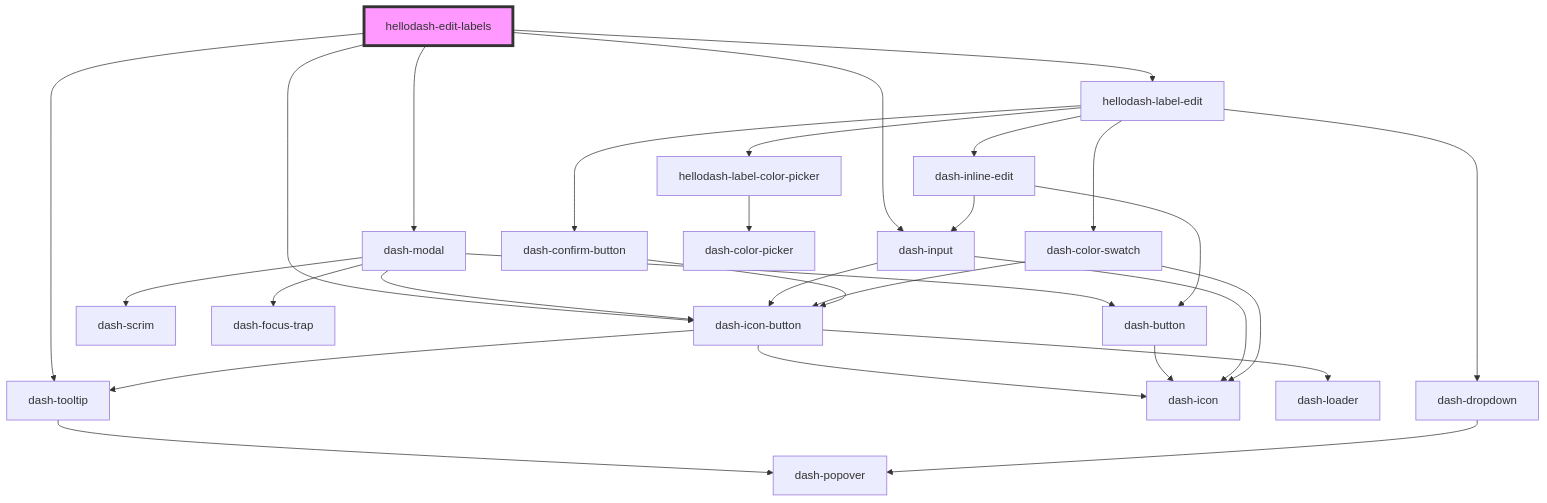
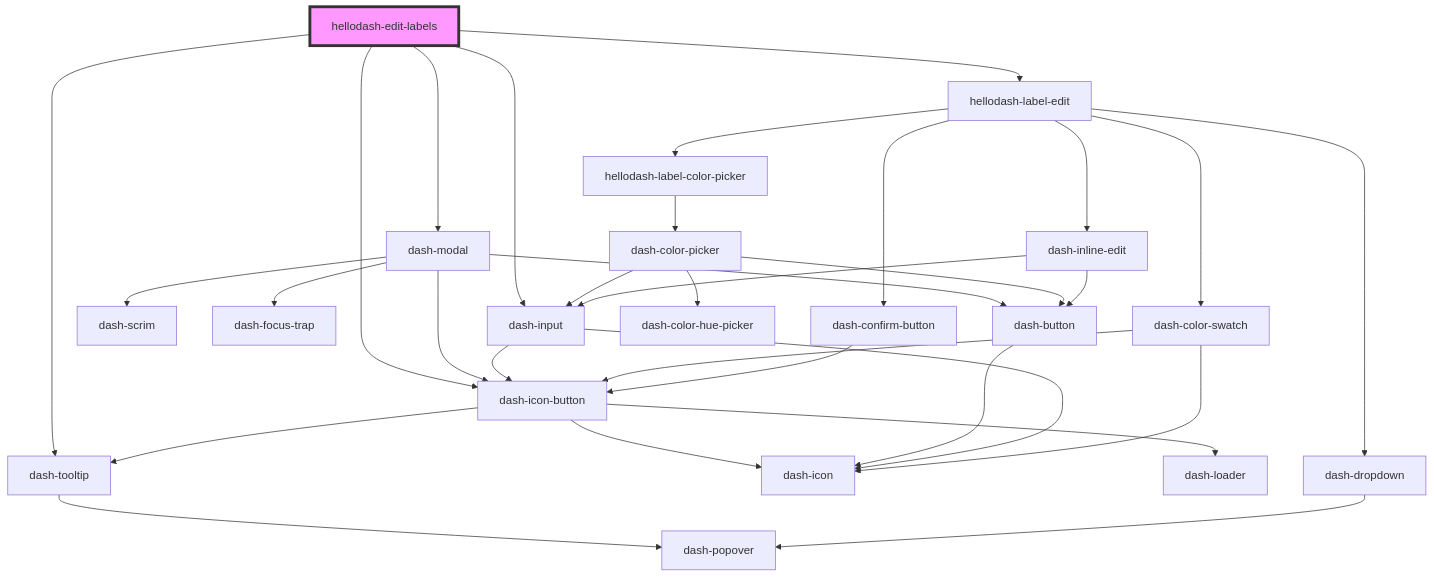
One commit to jmanke/dash changed the diagram in packages/hellodash-components/src/components/modals/hellodash-edit-labels/readme.md. Above: the diagram before and after it, drawn with Mermaid. The commit also changed 13 other files, not shown here.

````diff
--- a/packages/hellodash-components/src/components/modals/hellodash-edit-labels/readme.md
+++ b/packages/hellodash-components/src/components/modals/hellodash-edit-labels/readme.md
@@ -51,32 +51,35 @@
 ```mermaid
 graph TD;
   hellodash-edit-labels --> dash-modal
   hellodash-edit-labels --> dash-input
   hellodash-edit-labels --> dash-icon-button
   hellodash-edit-labels --> dash-tooltip
   hellodash-edit-labels --> hellodash-label-edit
   dash-modal --> dash-scrim
   dash-modal --> dash-focus-trap
   dash-modal --> dash-icon-button
   dash-modal --> dash-button
   dash-icon-button --> dash-icon
   dash-icon-button --> dash-loader
   dash-icon-button --> dash-tooltip
   dash-tooltip --> dash-popover
   dash-button --> dash-icon
   dash-input --> dash-icon
   dash-input --> dash-icon-button
   hellodash-label-edit --> dash-dropdown
   hellodash-label-edit --> dash-color-swatch
   hellodash-label-edit --> hellodash-label-color-picker
   hellodash-label-edit --> dash-inline-edit
   hellodash-label-edit --> dash-confirm-button
   dash-dropdown --> dash-popover
   dash-color-swatch --> dash-icon-button
   dash-color-swatch --> dash-icon
   hellodash-label-color-picker --> dash-color-picker
+  dash-color-picker --> dash-color-hue-picker
+  dash-color-picker --> dash-button
+  dash-color-picker --> dash-input
   dash-inline-edit --> dash-button
   dash-inline-edit --> dash-input
   dash-confirm-button --> dash-icon-button
   style hellodash-edit-labels fill:#f9f,stroke:#333,stroke-width:4px
 ```
````
